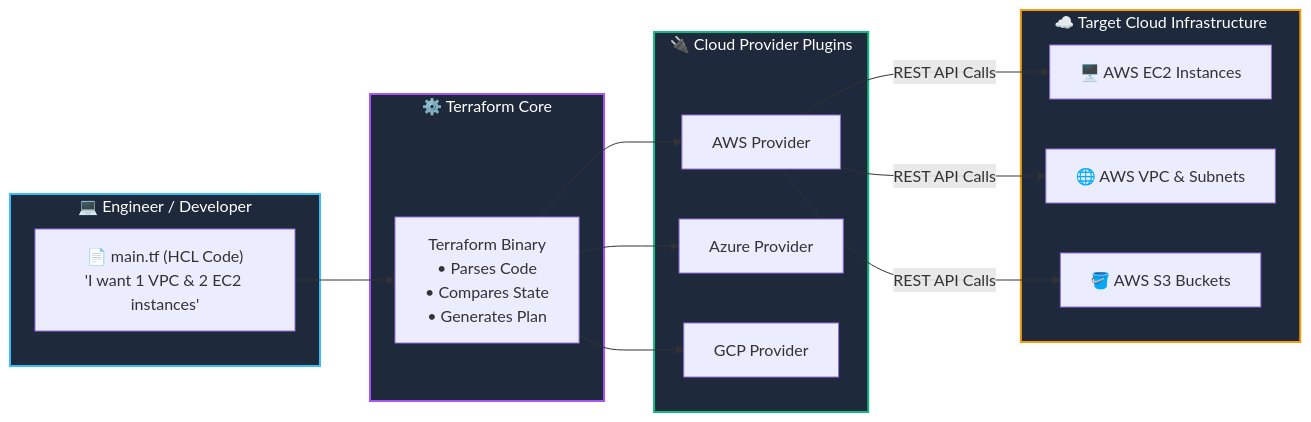
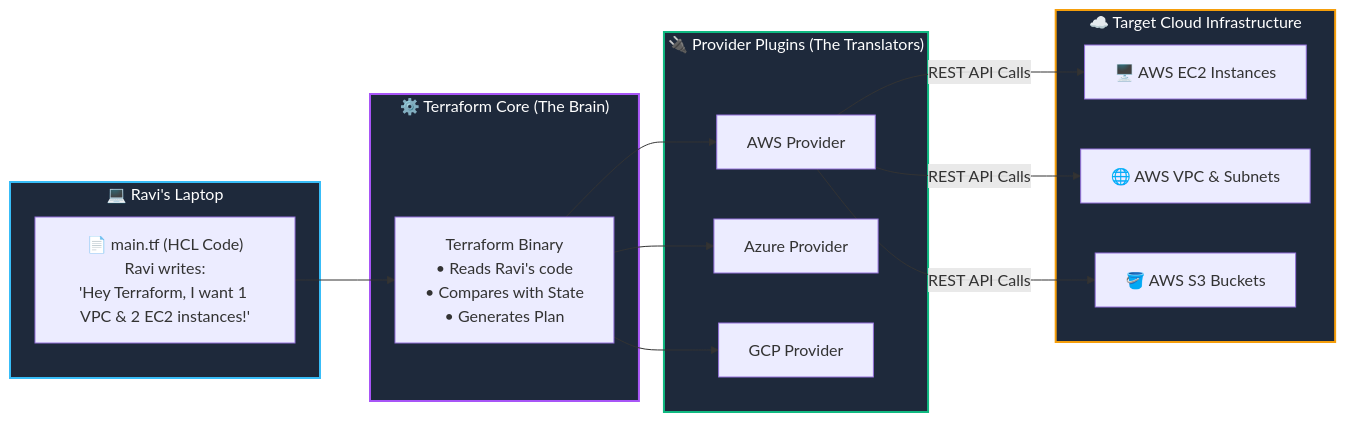
Before and after one commit to agravi987/Learning-Terraform-For-DevOps: the diagram in 01-terraform-fundamentals/README.md, drawn with Mermaid. The commit also changed other lines of this file and 18 other files, not shown here.

````diff
--- a/01-terraform-fundamentals/README.md
+++ b/01-terraform-fundamentals/README.md
@@ -23,31 +28,31 @@
 ```mermaid
 flowchart LR
-    subgraph DeveloperWorkstation ["💻 Engineer / Developer"]
-        HCL["📄 main.tf (HCL Code)\n'I want 1 VPC & 2 EC2 instances'"]
+    subgraph RaviLaptop ["💻 Ravi's Laptop"]
+        HCL["📄 main.tf (HCL Code)\nRavi writes:\n'Hey Terraform, I want 1 VPC & 2 EC2 instances!'"]
     end
 
-    subgraph CoreEngine ["⚙️ Terraform Core"]
-        TF["Terraform Binary\n• Parses Code\n• Compares State\n• Generates Plan"]
+    subgraph CoreEngine ["⚙️ Terraform Core (The Brain)"]
+        TF["Terraform Binary\n• Reads Ravi's code\n• Compares with State\n• Generates Plan"]
     end
 
-    subgraph Plugins ["🔌 Cloud Provider Plugins"]
+    subgraph Plugins ["🔌 Provider Plugins (The Translators)"]
         AWS_P["AWS Provider"]
         AZ_P["Azure Provider"]
         GCP_P["GCP Provider"]
     end
 
     subgraph RealWorldCloud ["☁️ Target Cloud Infrastructure"]
         EC2["🖥️ AWS EC2 Instances"]
         VPC["🌐 AWS VPC & Subnets"]
         S3["🪣 AWS S3 Buckets"]
     end
 
     HCL --> TF
     TF --> AWS_P & AZ_P & GCP_P
     AWS_P -->|REST API Calls| EC2 & VPC & S3
 
-    style DeveloperWorkstation fill:#1e293b,stroke:#38bdf8,stroke-width:2px,color:#fff
+    style RaviLaptop fill:#1e293b,stroke:#38bdf8,stroke-width:2px,color:#fff
     style CoreEngine fill:#1e293b,stroke:#a855f7,stroke-width:2px,color:#fff
     style Plugins fill:#1e293b,stroke:#10b981,stroke-width:2px,color:#fff
     style RealWorldCloud fill:#1e293b,stroke:#f59e0b,stroke-width:2px,color:#fff
 ```
````
